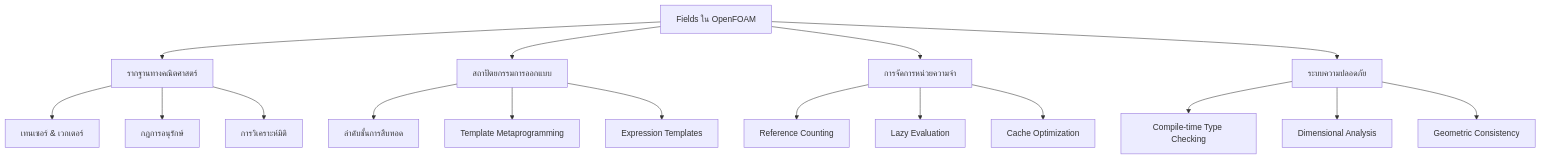
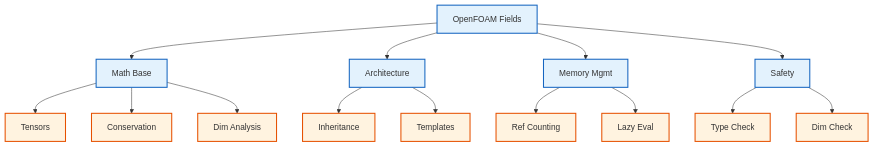
The first of 3 diagrams in MODULE_05_OPENFOAM_PROGRAMMING/CONTENT/05_FIELDS_GEOMETRICFIELDS/01_Introduction.md (wramet/build-my-cfd), drawn with Mermaid before and after one commit. The commit also changed other lines of this file and 313 other files, not shown here.

Commit message:
Revise all diagram

````diff
--- a/MODULE_05_OPENFOAM_PROGRAMMING/CONTENT/05_FIELDS_GEOMETRICFIELDS/01_Introduction.md
+++ b/MODULE_05_OPENFOAM_PROGRAMMING/CONTENT/05_FIELDS_GEOMETRICFIELDS/01_Introduction.md
@@ -14,23 +14,24 @@
 ```mermaid
 flowchart TD
-    A[Fields ใน OpenFOAM] --> B[รากฐานทางคณิตศาสตร์]
-    A --> C[สถาปัตยกรรมการออกแบบ]
-    A --> D[การจัดการหน่วยความจำ]
-    A --> E[ระบบความปลอดภัย]
+%% Classes
+classDef explicit fill:#fff3e0,stroke:#e65100,stroke-width:2px;
+classDef implicit fill:#e3f2fd,stroke:#1565c0,stroke-width:2px;
+%% Nodes
+A[OpenFOAM Fields]:::implicit --> B[Math Base]:::implicit
+A --> C[Architecture]:::implicit
+A --> D[Memory Mgmt]:::implicit
+A --> E[Safety]:::implicit
 
-    B --> B1[เทนเซอร์ & เวกเตอร์]
-    B --> B2[กฎการอนุรักษ์]
-    B --> B3[การวิเคราะห์มิติ]
+B --> B1[Tensors]:::explicit
+B --> B2[Conservation]:::explicit
+B --> B3[Dim Analysis]:::explicit
 
-    C --> C1[ลำดับชั้นการสืบทอด]
-    C --> C2[Template Metaprogramming]
-    C --> C3[Expression Templates]
+C --> C1[Inheritance]:::explicit
+C --> C2[Templates]:::explicit
 
-    D --> D1[Reference Counting]
-    D --> D2[Lazy Evaluation]
-    D --> D3[Cache Optimization]
+D --> D1[Ref Counting]:::explicit
+D --> D2[Lazy Eval]:::explicit
 
-    E --> E1[Compile-time Type Checking]
-    E --> E2[Dimensional Analysis]
-    E --> E3[Geometric Consistency]
+E --> E1[Type Check]:::explicit
+E --> E2[Dim Check]:::explicit
 ```
````
